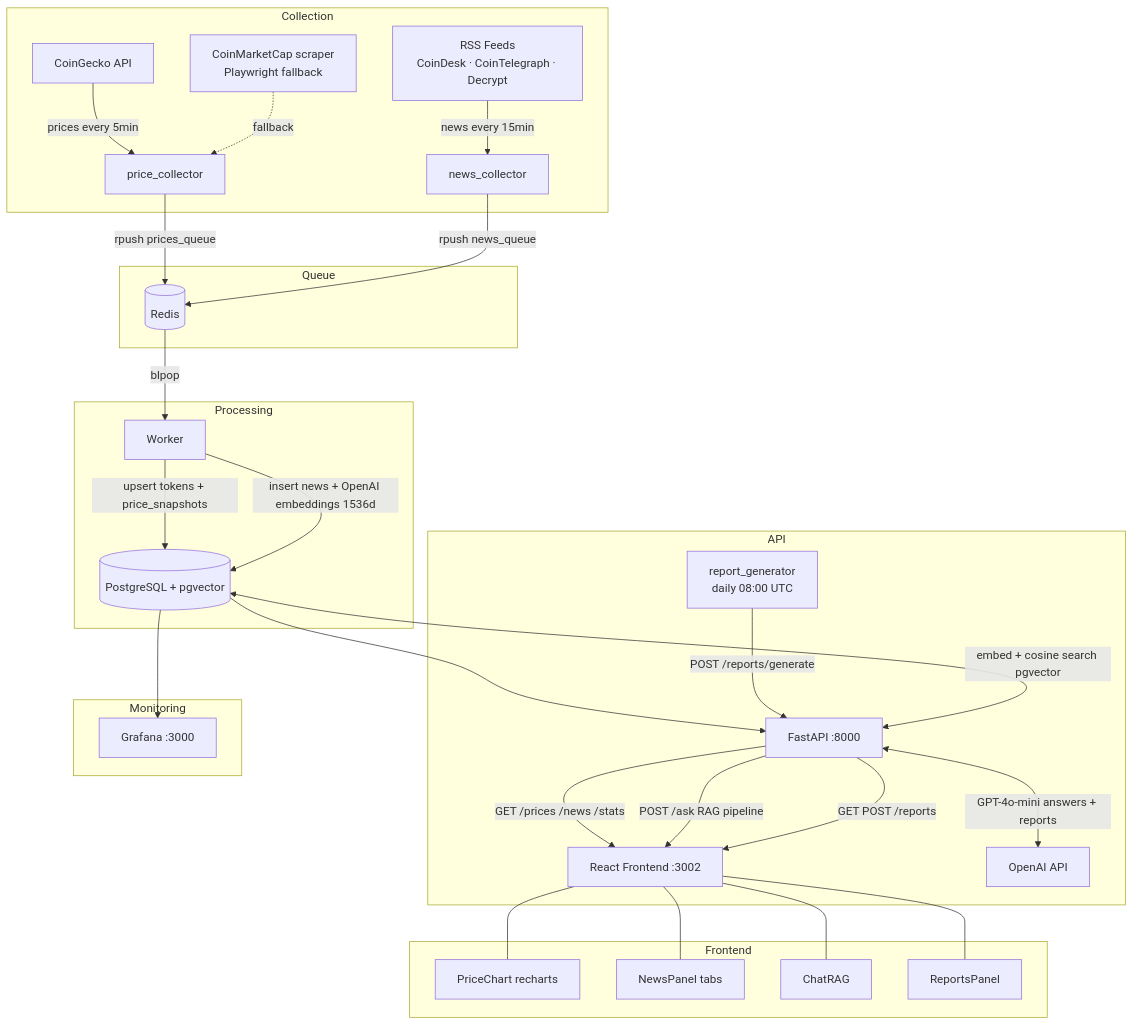
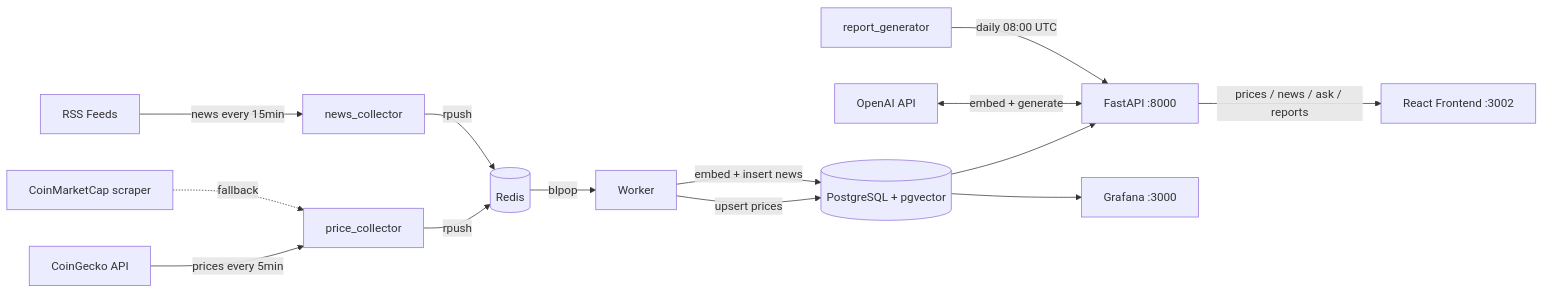
One commit to DavRengifo/crypto-rag-project changed the diagram in README.md. Above: the diagram before and after it, drawn with Mermaid. The commit also changed other lines of this file and 1 other file, not shown here.

First line of the commit message:
docs: fix README architecture diagram and update project info

````diff
--- a/README.md
+++ b/README.md
@@ -26,40 +26,20 @@
 ```mermaid
-graph TD
-    subgraph Collection
-        CG[CoinGecko API] -->|prices every 5min| PC[price_collector]
-        RSS[RSS Feeds<br/>CoinDesk · CoinTelegraph · Decrypt] -->|news every 15min| NC[news_collector]
-        CMC[CoinMarketCap scraper<br/>Playwright fallback] -.->|fallback| PC
-    end
+graph LR
+    CG[CoinGecko API] -->|prices every 5min| PC[price_collector]
+    RSS[RSS Feeds] -->|news every 15min| NC[news_collector]
+    CMC[CoinMarketCap scraper] -. fallback .-> PC
 
-    subgraph Queue
-        PC -->|rpush prices_queue| RD[(Redis)]
-        NC -->|rpush news_queue| RD
-    end
+    PC -->|rpush| RD[(Redis)]
+    NC -->|rpush| RD
 
-    subgraph Processing
-        RD -->|blpop| W[Worker]
-        W -->|upsert tokens + price_snapshots| PG[(PostgreSQL + pgvector)]
-        W -->|insert news + OpenAI embeddings 1536d| PG
-    end
+    RD -->|blpop| W[Worker]
+    W -->|upsert prices| PG[(PostgreSQL + pgvector)]
+    W -->|embed + insert news| PG
 
-    subgraph API
-        PG --> FA[FastAPI :8000]
-        FA -->|GET /prices /news /stats| FE[React Frontend :3002]
-        FA -->|POST /ask RAG pipeline| FE
-        FA -->|GET POST /reports| FE
-        RG[report_generator<br/>daily 08:00 UTC] -->|POST /reports/generate| FA
-        FA <-->|embed + cosine search pgvector| PG
-        FA <-->|GPT-4o-mini answers + reports| OAI[OpenAI API]
-    end
+    PG --> FA[FastAPI :8000]
+    OAI[OpenAI API] <-->|embed + generate| FA
+    RG[report_generator] -->|daily 08:00 UTC| FA
 
-    subgraph Frontend
-        FE --- PC2[PriceChart recharts]
-        FE --- NP[NewsPanel tabs]
-        FE --- CR[ChatRAG]
-        FE --- RP[ReportsPanel]
-    end
-
-    subgraph Monitoring
-        PG --> GF[Grafana :3000]
-    end
+    FA -->|prices / news / ask / reports| FE[React Frontend :3002]
+    PG --> GF[Grafana :3000]
 ```
````
